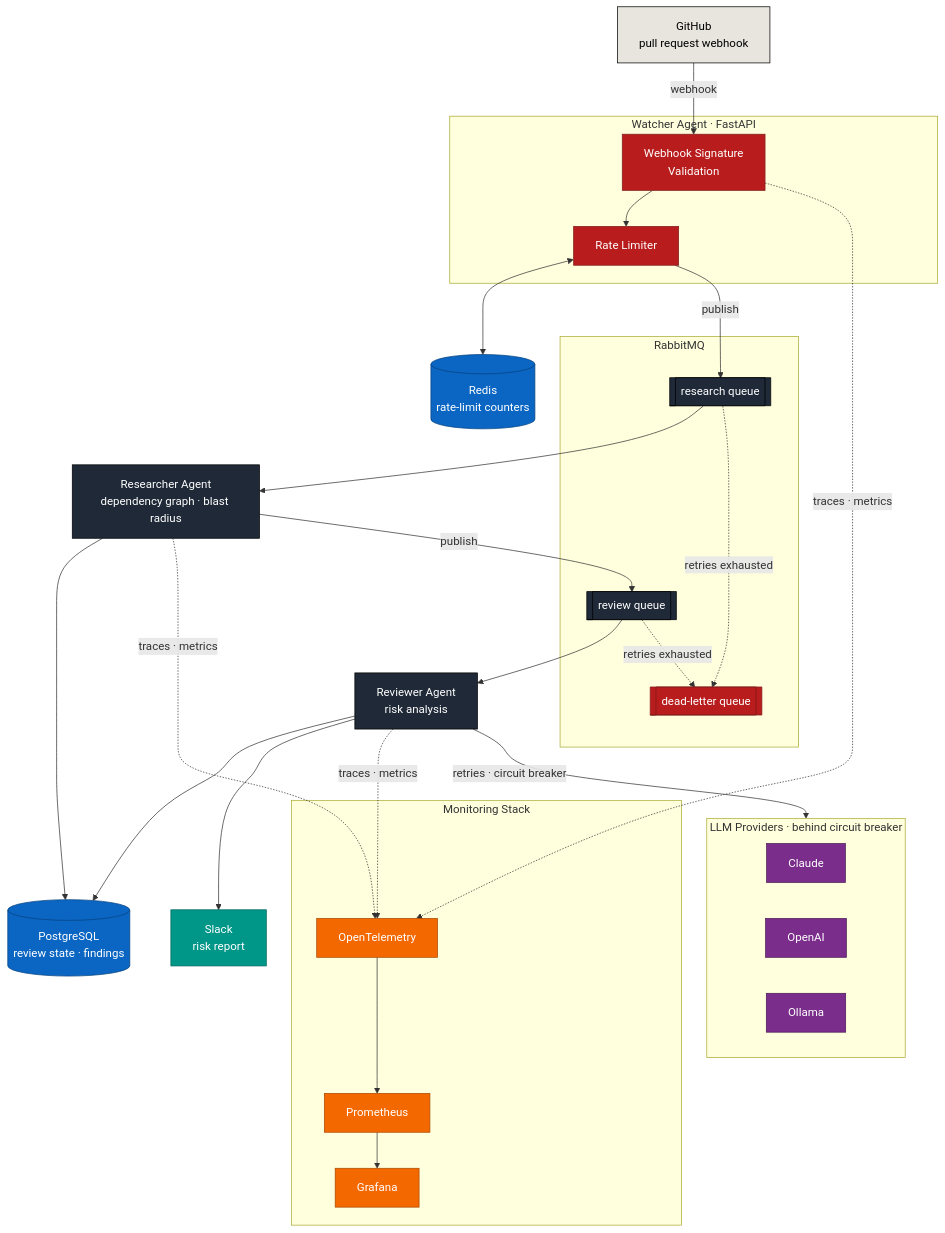
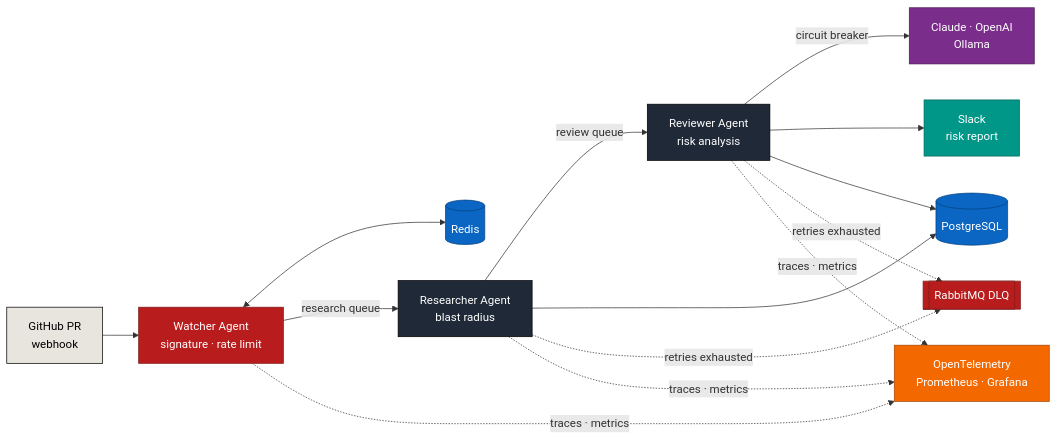
One commit to StealthyPete12/StealthyPete12 changed the fourth of 7 diagrams in README.md. Above: the diagram before and after it, drawn with Mermaid. The commit also changed other lines of this file, not shown here.

Commit message:
updated about me and architecture

````diff
--- a/README.md
+++ b/README.md
@@ -568,59 +490,27 @@
 ```mermaid
-flowchart TB
-    GH["GitHub<br/>pull request webhook"]
-
-    subgraph WATCHER["Watcher Agent · FastAPI"]
-        SIG["Webhook Signature<br/>Validation"]
-        RL["Rate Limiter"]
-    end
-    REDIS[("Redis<br/>rate-limit counters")]
-
-    subgraph MQ["RabbitMQ"]
-        Q1[["research queue"]]
-        Q2[["review queue"]]
-        DLQ[["dead-letter queue"]]
-    end
-
-    RES["Researcher Agent<br/>dependency graph · blast radius"]
-    REV["Reviewer Agent<br/>risk analysis"]
-
-    subgraph LLMS["LLM Providers · behind circuit breaker"]
-        CLAUDE["Claude"]
-        OPENAI["OpenAI"]
-        OLLAMA["Ollama"]
-    end
-
-    PG[("PostgreSQL<br/>review state · findings")]
-    SLACK["Slack<br/>risk report"]
-
-    subgraph MON["Monitoring Stack"]
-        OTEL["OpenTelemetry"] --> PROM["Prometheus"] --> GRAF["Grafana"]
-    end
-
-    GH -->|webhook| SIG --> RL
-    RL <--> REDIS
-    RL -->|publish| Q1 --> RES
-    RES -->|publish| Q2 --> REV
-    REV -->|"retries · circuit breaker"| LLMS
-    RES --> PG
-    REV --> PG
-    REV --> SLACK
-    Q1 -.->|retries exhausted| DLQ
-    Q2 -.->|retries exhausted| DLQ
-    SIG & RES & REV -.->|traces · metrics| OTEL
+flowchart LR
+    GH["GitHub PR<br/>webhook"] --> WATCH["Watcher Agent<br/>signature · rate limit"]
+    WATCH <--> REDIS[("Redis")]
+    WATCH -->|research queue| RES["Researcher Agent<br/>blast radius"]
+    RES -->|review queue| REV["Reviewer Agent<br/>risk analysis"]
+    REV -->|circuit breaker| LLMS["Claude · OpenAI<br/>Ollama"]
+    REV --> SLACK["Slack<br/>risk report"]
+    RES & REV --> PG[("PostgreSQL")]
+    RES & REV -.->|retries exhausted| DLQ[["RabbitMQ DLQ"]]
+    WATCH & RES & REV -.->|traces · metrics| OBS["OpenTelemetry<br/>Prometheus · Grafana"]
 
     classDef client fill:#E8E4DE,stroke:#000,color:#000
     classDef core fill:#1F2937,stroke:#000,color:#fff
     classDef security fill:#B91C1C,stroke:#7F1D1D,color:#fff
     classDef ai fill:#7B2D8B,stroke:#4A1A55,color:#fff
     classDef data fill:#0A66C2,stroke:#06427F,color:#fff
     classDef obs fill:#F46800,stroke:#A84800,color:#fff
     classDef ext fill:#009688,stroke:#00695C,color:#fff
     class GH client
-    class RES,REV,Q1,Q2 core
-    class SIG,RL,DLQ security
-    class CLAUDE,OPENAI,OLLAMA ai
+    class RES,REV core
+    class WATCH,DLQ security
+    class LLMS ai
     class REDIS,PG data
-    class OTEL,PROM,GRAF obs
+    class OBS obs
     class SLACK ext
 ```
````
